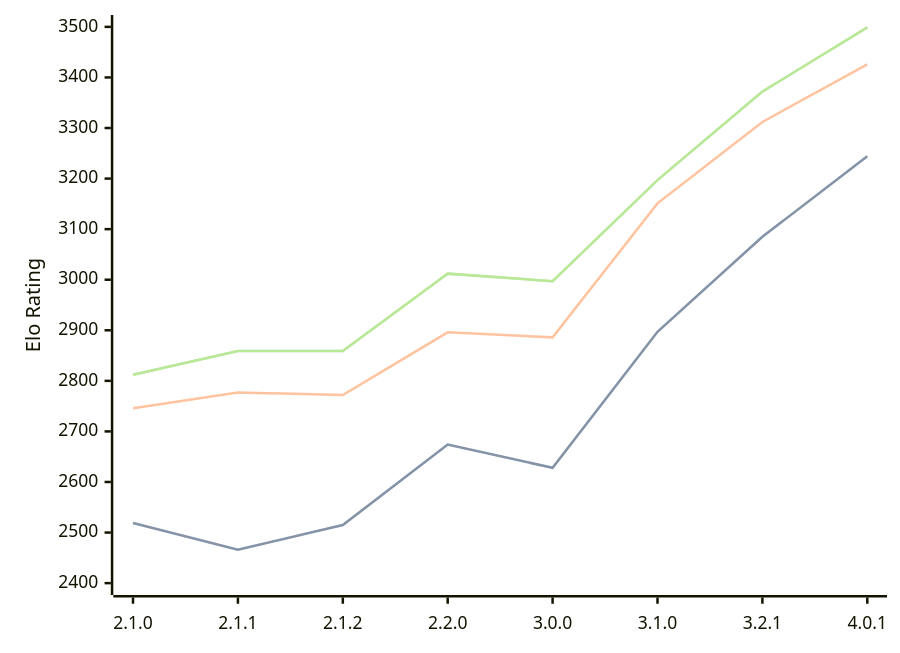
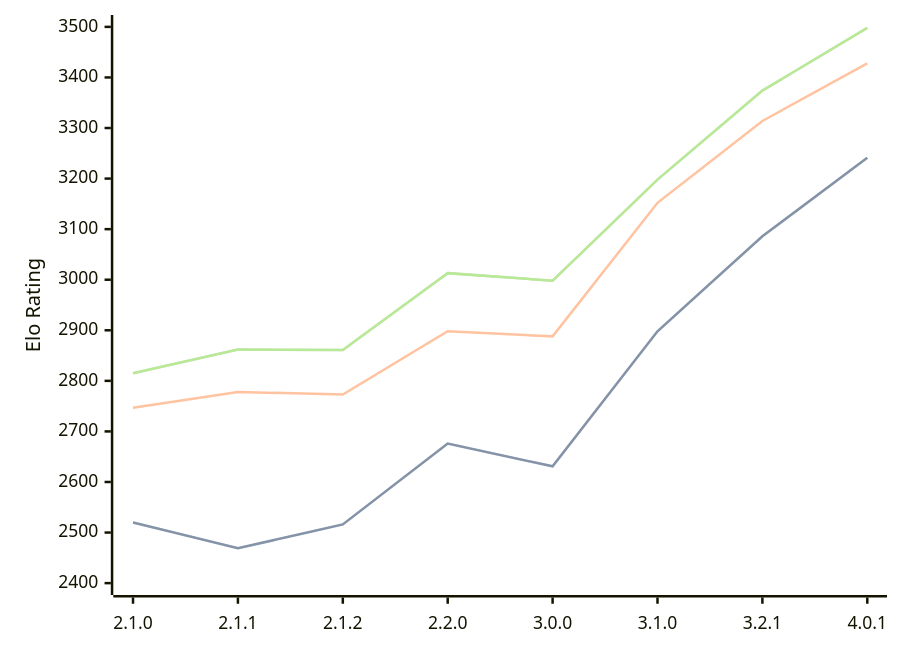
The diagram in engines/Prune.md (computer-chess-index/cci), drawn with Mermaid before and after one commit. The commit also changed other lines of this file, not shown here.

Commit message:
Update CCI Ratings (ELO VLTC) - 2026-08-09

````diff
--- a/engines/Prune.md
+++ b/engines/Prune.md
@@ -40,11 +40,11 @@
 ```mermaid
 %%{init: {"theme":"base","themeVariables":{"seriesColors:['#a3a3a3','#222221','#faa371']}}}%%
 xychart-beta
   x-axis ["2.1.0", "2.1.1", "2.1.2", "2.2.0", "3.0.0", "3.1.0", "3.2.1", "4.0.1"]
   y-axis "Elo Rating" 2400 --> 3500
-  line "STC (8.0+0.08s)" [2519, 2466, 2515, 2674, 2628, 2897, 3085, 3244]
-  line "STC (8.0+0.08s)" [2519, 2466, 2515, 2674, 2628, 2897, 3085, 3244]
-  line "LTC (60.0+0.60s)" [2746, 2777, 2772, 2896, 2886, 3151, 3312, 3426]
-  line "VLTC (2m24s+1.12s)" [2812, 2859, 2859, 3012, 2997, 3197, 3372, 3499]
-  line "VLTC (2m24s+1.12s)" [2812, 2859, 2859, 3012, 2997, 3197, 3372, 3499]
+  line "STC (8.0+0.08s)" [2520, 2469, 2516, 2676, 2631, 2898, 3086, 3241]
+  line "STC (8.0+0.08s)" [2520, 2469, 2516, 2676, 2631, 2898, 3086, 3241]
+  line "LTC (60.0+0.60s)" [2747, 2778, 2773, 2898, 2888, 3152, 3314, 3428]
+  line "VLTC (2m24s+1.12s)" [2815, 2862, 2861, 3013, 2998, 3198, 3374, 3498]
+  line "VLTC (2m24s+1.12s)" [2815, 2862, 2861, 3013, 2998, 3198, 3374, 3498]
 ```
````
